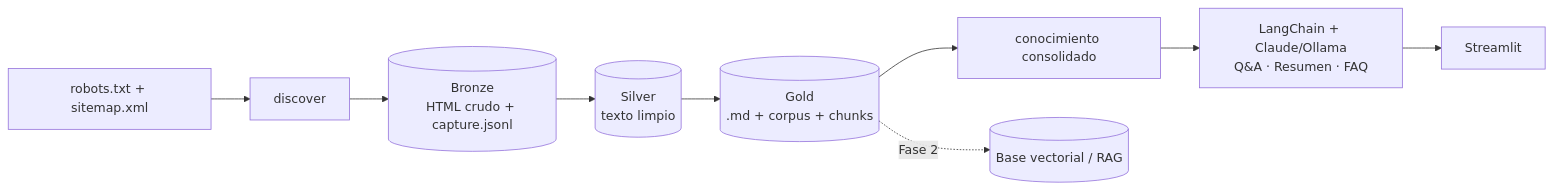
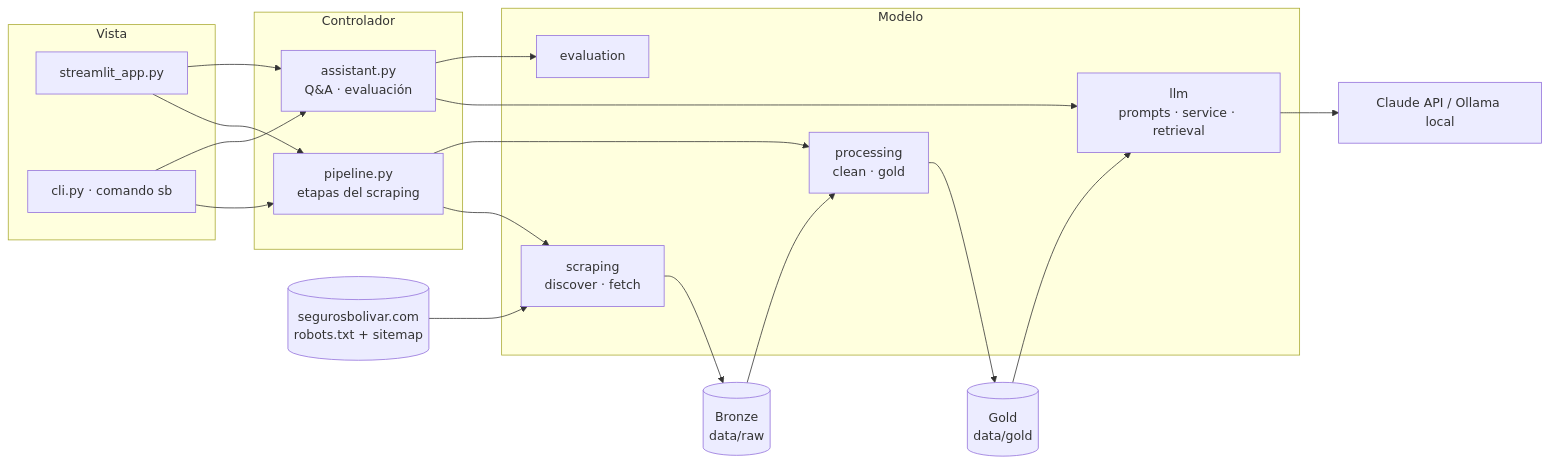
Before and after one commit to anakmedina08/advanced-ai-lab: the first of 2 diagrams in README.md, drawn with Mermaid. The commit also changed other lines of this file and 25 other files, not shown here.

Commit message:
docs: agregar constitución, spec (plan y tareas), ADR y diagrama de inferencia

````diff
--- a/README.md
+++ b/README.md
@@ -37,11 +69,25 @@
 ```mermaid
 flowchart LR
-    R[robots.txt + sitemap.xml] --> D[discover]
-    D --> B[(Bronze<br/>HTML crudo + capture.jsonl)]
-    B --> S[(Silver<br/>texto limpio)]
-    S --> G[(Gold<br/>.md + corpus + chunks)]
-    G --> K[conocimiento consolidado]
-    K --> L[LangChain + Claude/Ollama<br/>Q&A · Resumen · FAQ]
-    L --> UI[Streamlit]
-    G -.Fase 2.-> V[(Base vectorial / RAG)]
+    subgraph V[Vista]
+        UI[streamlit_app.py]
+        CLI[cli.py · comando sb]
+    end
+    subgraph C[Controlador]
+        P[pipeline.py<br/>etapas del scraping]
+        A[assistant.py<br/>Q&A · evaluación]
+    end
+    subgraph M[Modelo]
+        SC[scraping<br/>discover · fetch]
+        PR[processing<br/>clean · gold]
+        LLM[llm<br/>prompts · service · retrieval]
+        EV[evaluation]
+    end
+    W[(segurosbolivar.com<br/>robots.txt + sitemap)] --> SC
+    SC --> B[(Bronze<br/>data/raw)] --> PR --> G[(Gold<br/>data/gold)]
+    UI --> P & A
+    CLI --> P & A
+    P --> SC & PR
+    A --> LLM & EV
+    G --> LLM
+    LLM --> CL[Claude API / Ollama local]
 ```
````
